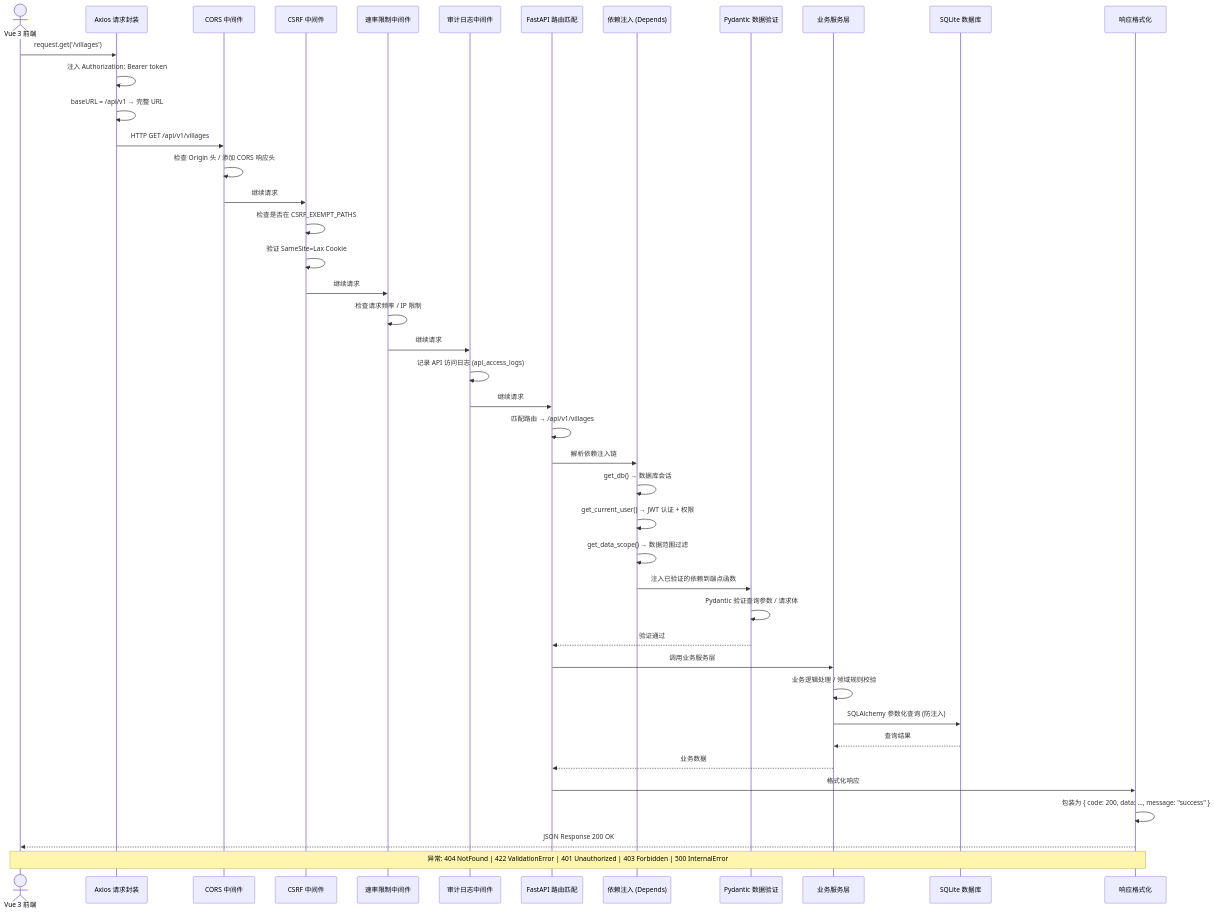
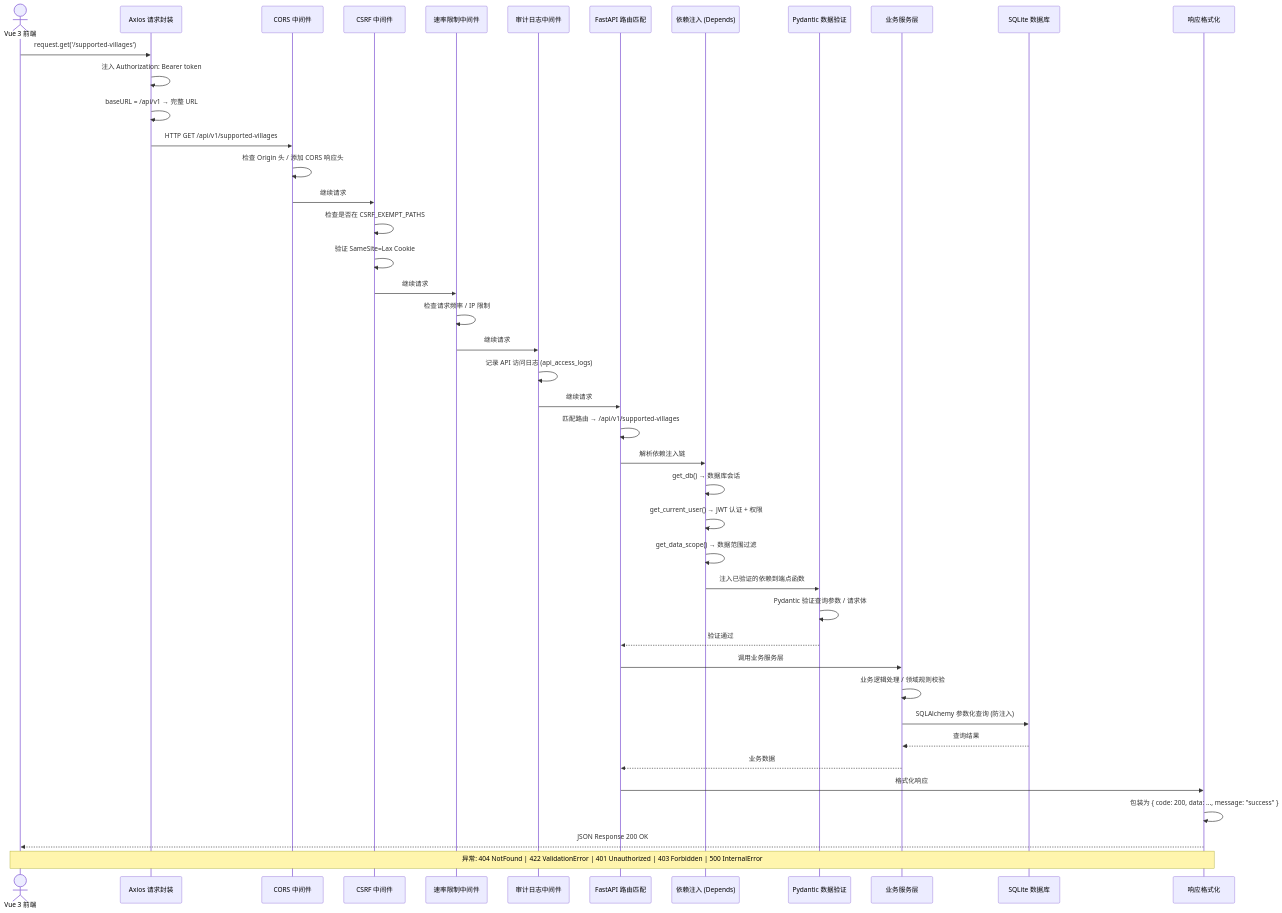
Diagram 11 of 15 in docs/03-开发文档/01-架构设计/系统设计图集.md (lzh745200/MRRS), drawn with Mermaid before and after one commit. The commit also changed other lines of this file and 163 other files, not shown here.

````diff
--- a/docs/03-开发文档/01-架构设计/系统设计图集.md
+++ b/docs/03-开发文档/01-架构设计/系统设计图集.md
@@ -421,56 +424,56 @@
 ```mermaid
 sequenceDiagram
     actor Client as Vue 3 前端
     participant Axios as Axios 请求封装
     participant CORS as CORS 中间件
     participant CSRF as CSRF 中间件
     participant Rate as 速率限制中间件
     participant Log as 审计日志中间件
     participant Router as FastAPI 路由匹配
     participant Dep as 依赖注入 (Depends)
     participant Schema as Pydantic 数据验证
     participant Svc as 业务服务层
     participant DB as SQLite 数据库
     participant Resp as 响应格式化
 
-    Client->>Axios: request.get('/villages')
+    Client->>Axios: request.get('/supported-villages')
     Axios->>Axios: 注入 Authorization: Bearer token
     Axios->>Axios: baseURL = /api/v1 → 完整 URL
 
-    Axios->>CORS: HTTP GET /api/v1/villages
+    Axios->>CORS: HTTP GET /api/v1/supported-villages
     CORS->>CORS: 检查 Origin 头 / 添加 CORS 响应头
     CORS->>CSRF: 继续请求
 
     CSRF->>CSRF: 检查是否在 CSRF_EXEMPT_PATHS
     CSRF->>CSRF: 验证 SameSite=Lax Cookie
     CSRF->>Rate: 继续请求
 
     Rate->>Rate: 检查请求频率 / IP 限制
     Rate->>Log: 继续请求
 
     Log->>Log: 记录 API 访问日志 (api_access_logs)
     Log->>Router: 继续请求
 
-    Router->>Router: 匹配路由 → /api/v1/villages
+    Router->>Router: 匹配路由 → /api/v1/supported-villages
     Router->>Dep: 解析依赖注入链
 
     Dep->>Dep: get_db() → 数据库会话
     Dep->>Dep: get_current_user() → JWT 认证 + 权限
     Dep->>Dep: get_data_scope() → 数据范围过滤
 
     Dep->>Schema: 注入已验证的依赖到端点函数
     Schema->>Schema: Pydantic 验证查询参数 / 请求体
     Schema-->>Router: 验证通过
 
     Router->>Svc: 调用业务服务层
     Svc->>Svc: 业务逻辑处理 / 领域规则校验
     Svc->>DB: SQLAlchemy 参数化查询 (防注入)
     DB-->>Svc: 查询结果
     Svc-->>Router: 业务数据
 
     Router->>Resp: 格式化响应
     Resp->>Resp: 包装为 { code: 200, data: ..., message: "success" }
     Resp-->>Client: JSON Response 200 OK
 
     Note over Client,Resp: 异常: 404 NotFound | 422 ValidationError | 401 Unauthorized | 403 Forbidden | 500 InternalError
 ```
````
